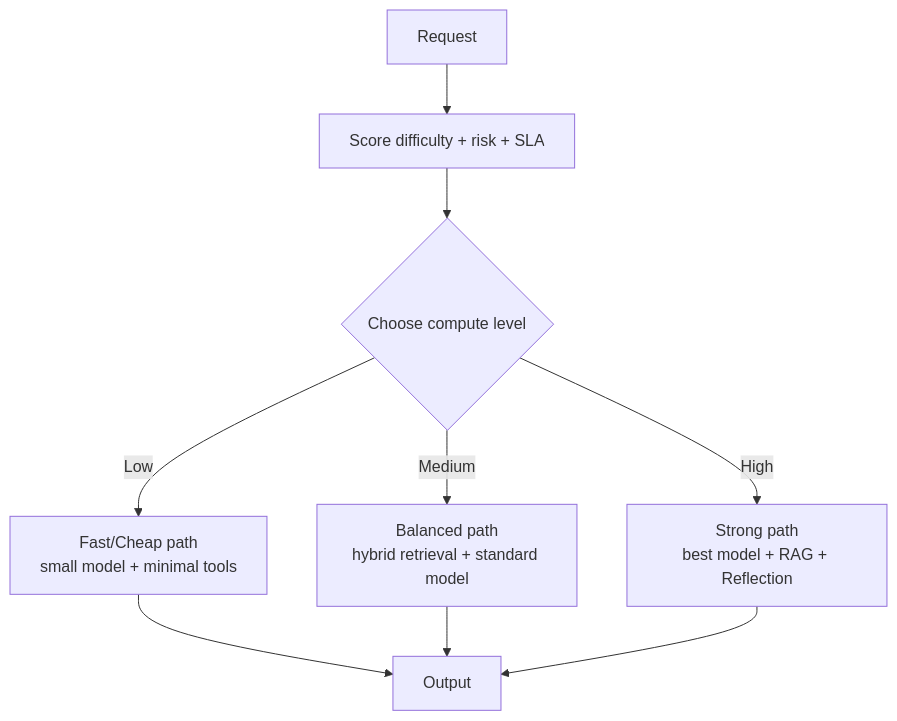
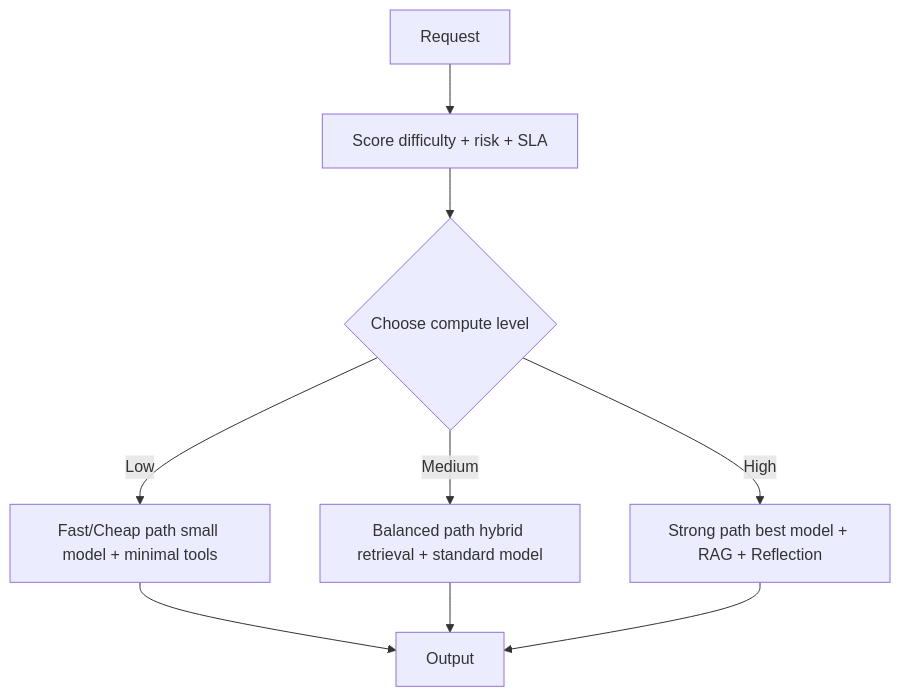
One commit to tonyjosephsebastians/AI-Design-patterns changed diagram 16 of 21 in Agentic_Design_Patterns_21_Patterns_Guide.md. Above: the diagram before and after it, drawn with Mermaid. The commit also changed other lines of this file, not shown here.

````diff
--- a/Agentic_Design_Patterns_21_Patterns_Guide.md
+++ b/Agentic_Design_Patterns_21_Patterns_Guide.md
@@ -621,11 +621,11 @@
 ```mermaid
 flowchart TD
 I[Request] --> S[Score difficulty + risk + SLA]
 S --> D{Choose compute level}
-D -->|Low| L1[Fast/Cheap path<br/>small model + minimal tools]
-D -->|Medium| L2[Balanced path<br/>hybrid retrieval + standard model]
-D -->|High| L3[Strong path<br/>best model + RAG + Reflection]
+D -->|Low| L1[Fast/Cheap path small model + minimal tools]
+D -->|Medium| L2[Balanced path hybrid retrieval + standard model]
+D -->|High| L3[Strong path best model + RAG + Reflection]
 L1 --> O[Output]
 L2 --> O
 L3 --> O
 ```
````
